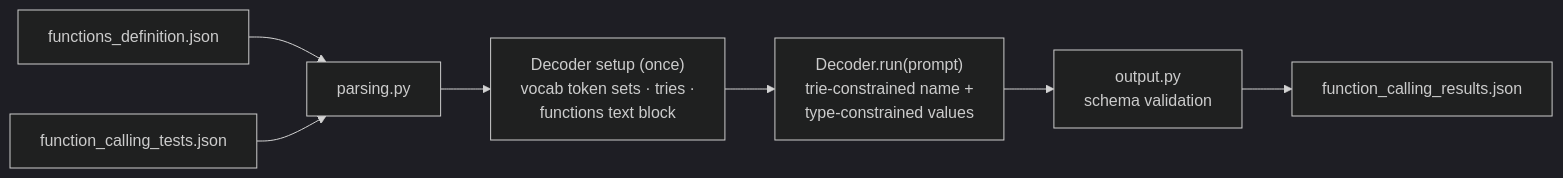
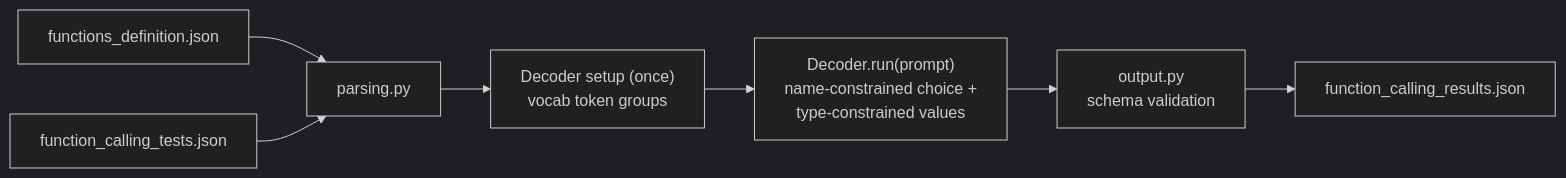
One commit to laghzal49/Call-me-maybe changed the first of 2 diagrams in README.md. Above: the diagram before and after it, drawn with Mermaid (dark theme). The commit also changed other lines of this file and 20 other files, not shown here.

Commit message:
Simplify decoder, drop grammar/trie modules, and rework test suite

````diff
--- a/README.md
+++ b/README.md
@@ -26,9 +26,9 @@
 ```mermaid
 flowchart LR
     FD[functions_definition.json] --> P[parsing.py]
     TI[function_calling_tests.json] --> P
-    P --> D["Decoder setup (once)<br/>vocab token sets · tries ·<br/>functions text block"]
-    D --> R["Decoder.run(prompt)<br/>trie-constrained name +<br/>type-constrained values"]
+    P --> D["Decoder setup (once)<br/>vocab token groups"]
+    D --> R["Decoder.run(prompt)<br/>name-constrained choice +<br/>type-constrained values"]
     R --> V["output.py<br/>schema validation"]
     V --> O[function_calling_results.json]
 ```
````
